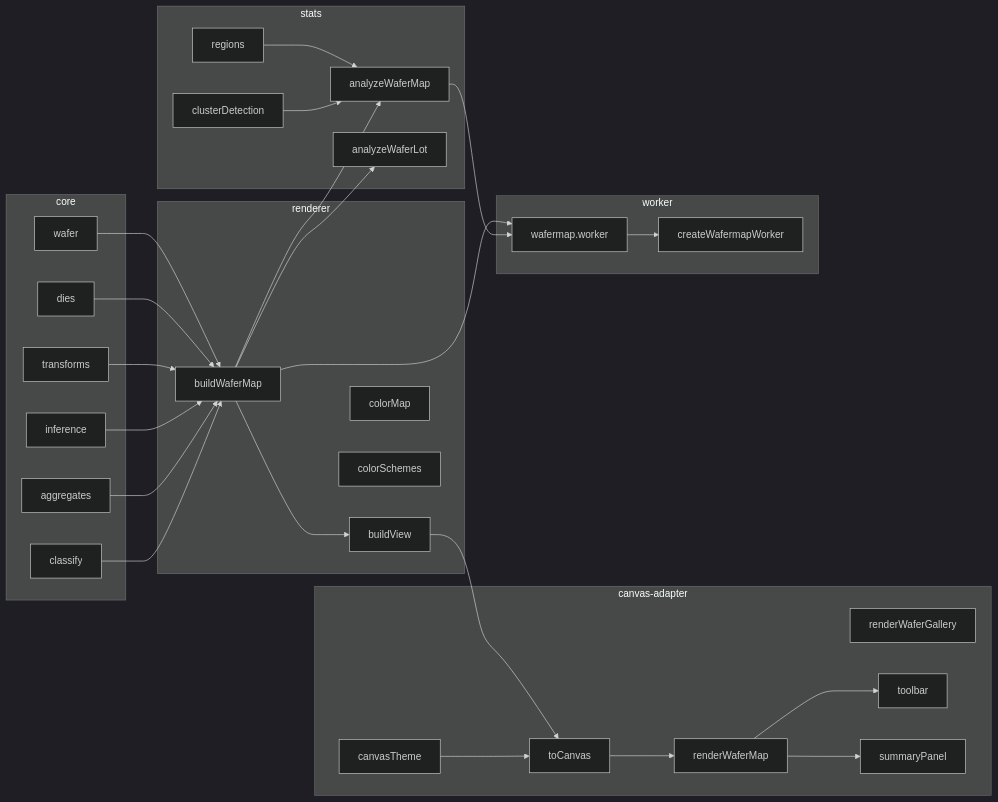
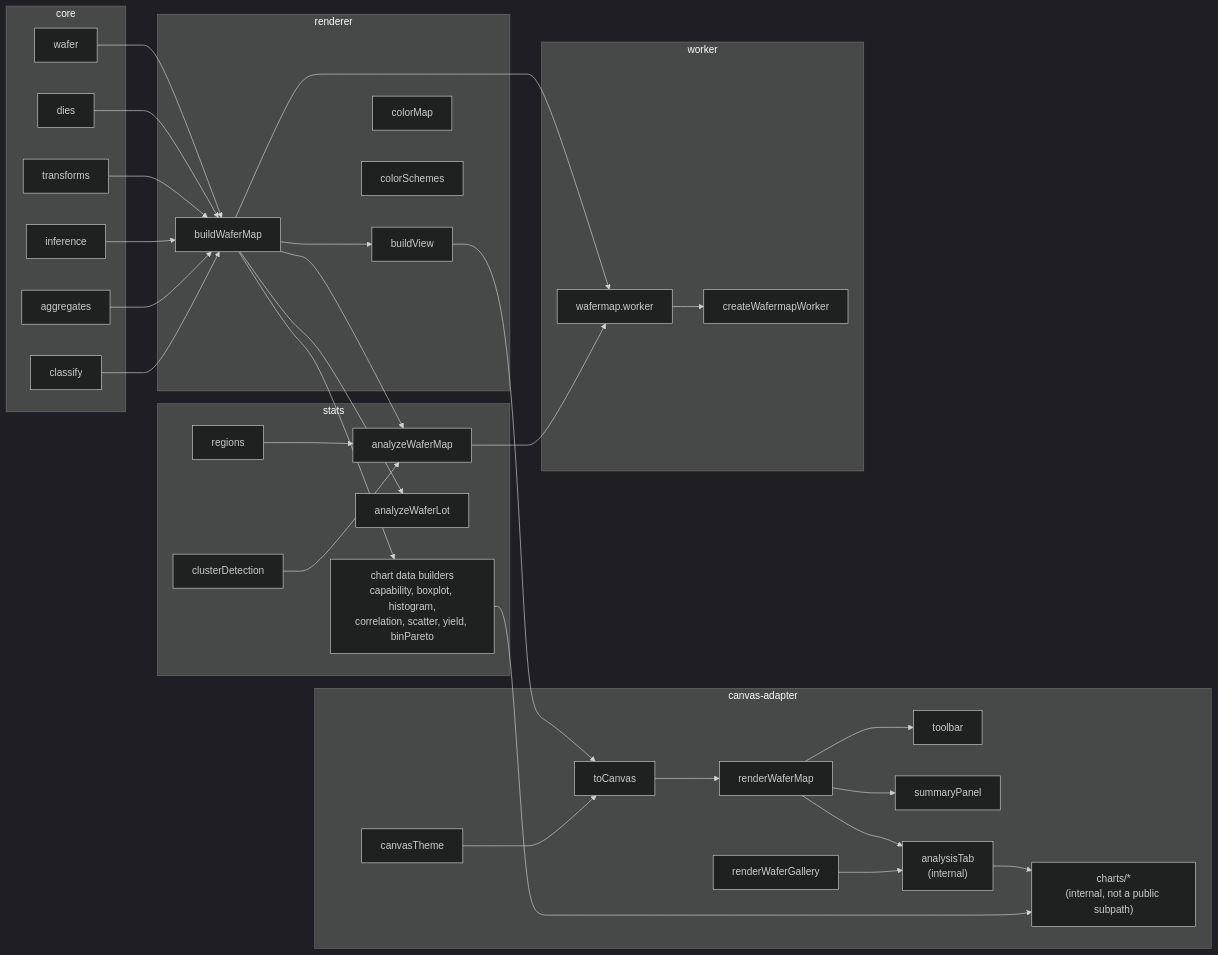
Before and after one commit to wafertools/wafermap: the second of 5 diagrams in docs/architecture.md, drawn with Mermaid (dark theme). The commit also changed other lines of this file and 60 other files, not shown here.

````diff
--- a/docs/architecture.md
+++ b/docs/architecture.md
@@ -57,62 +57,70 @@
 ```mermaid
 graph LR
     subgraph Core[core]
         core1["wafer"]
         core2["dies"]
         core3["transforms"]
         core4["inference"]
         core5["aggregates"]
         core6["classify"]
     end
 
     subgraph Renderer[renderer]
         r1["buildWaferMap"]
         r2["buildView"]
         r3["colorMap"]
         r4["colorSchemes"]
     end
 
     subgraph Canvas[canvas-adapter]
         c1["renderWaferMap"]
         c2["renderWaferGallery"]
         c3["toCanvas"]
         c4["toolbar"]
         c5["summaryPanel"]
         c6["canvasTheme"]
+        c7["analysisTab<br/>(internal)"]
+        c8["charts/*<br/>(internal, not a public subpath)"]
     end
 
     subgraph Stats[stats]
         s1["analyzeWaferMap"]
         s2["analyzeWaferLot"]
         s3["regions"]
         s4["clusterDetection"]
+        s5["chart data builders<br/>capability, boxplot, histogram,<br/>correlation, scatter, yield, binPareto"]
     end
 
     subgraph Worker[worker]
         w1["wafermap.worker"]
         w2["createWafermapWorker"]
     end
 
     core1 --> r1
     core2 --> r1
     core3 --> r1
     core4 --> r1
     core5 --> r1
     core6 --> r1
 
     r1 --> r2
     r2 --> c3
     c6 --> c3
     c3 --> c1
     c1 --> c4
     c1 --> c5
+    c1 --> c7
+    c2 --> c7
+    c7 --> c8
+    s5 --> c8
 
     r1 --> s1
     r1 --> s2
+    r1 --> s5
     s3 --> s1
     s4 --> s1
 
     r1 --> w1
     s1 --> w1
     w1 --> w2
 ```
````
